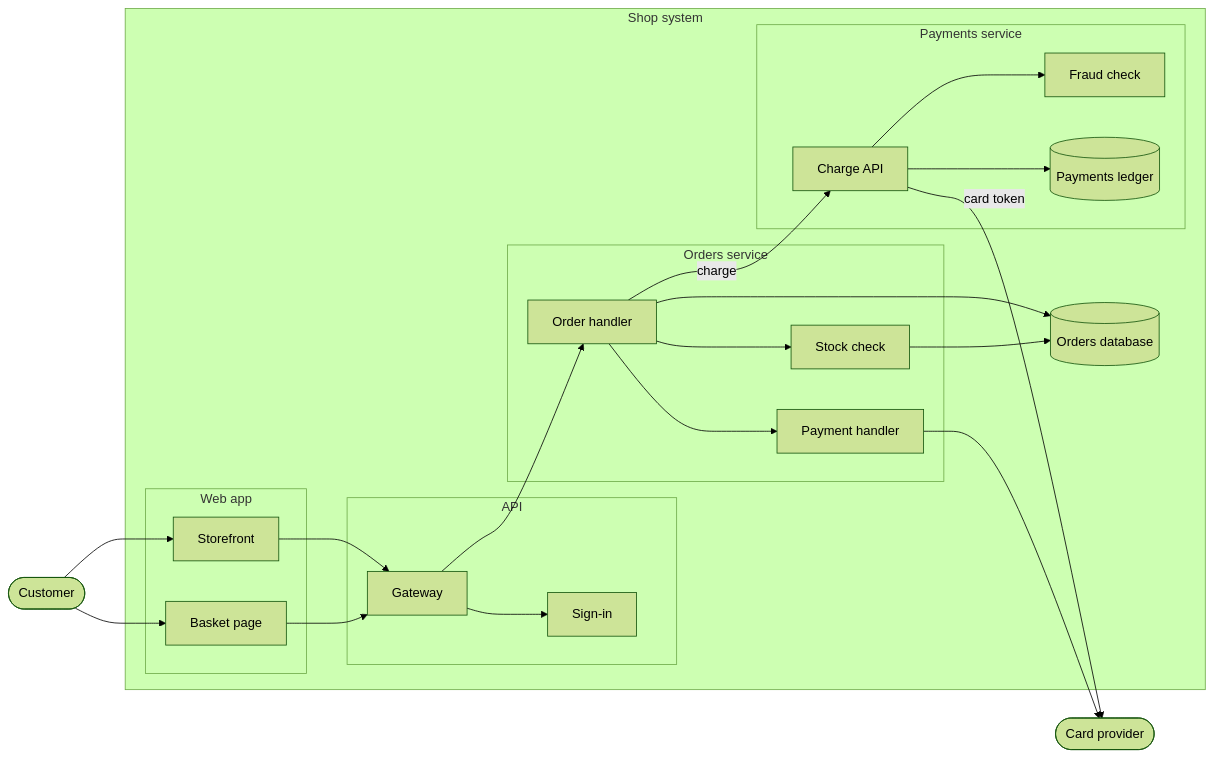
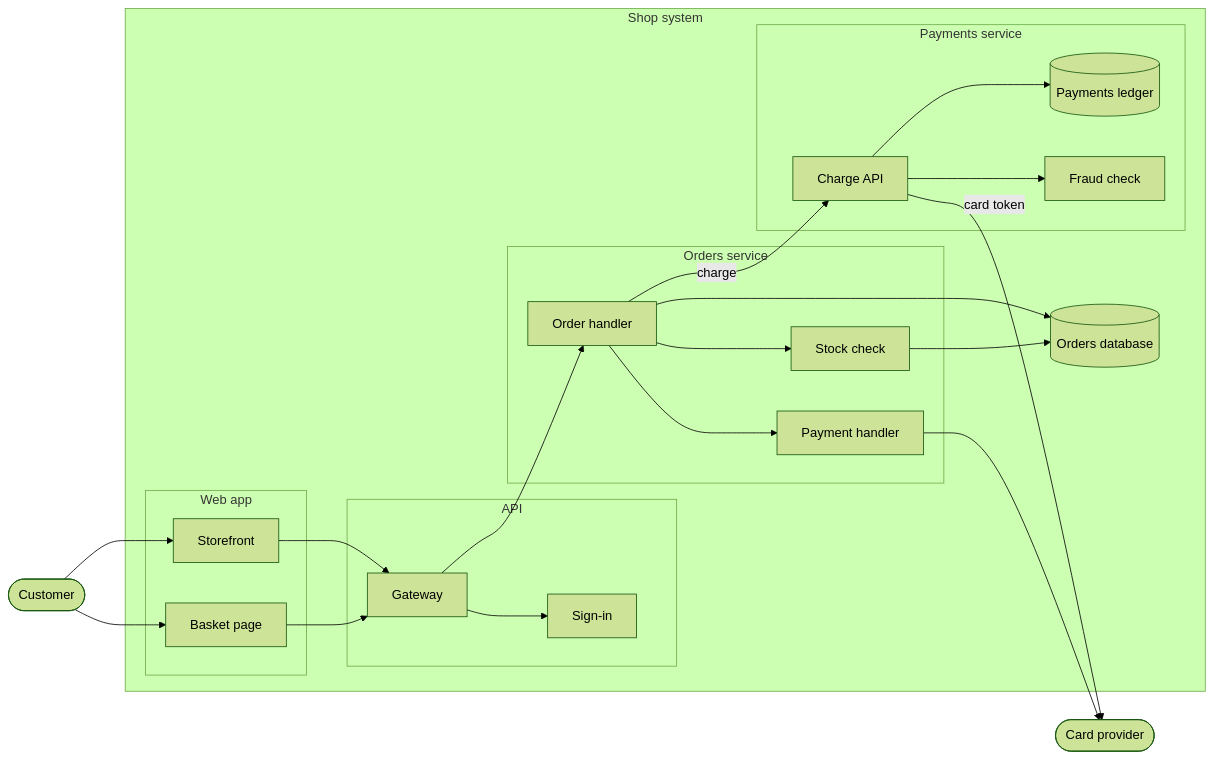
Before and after one commit to nvsravank/avagahana: the diagram in examples/maps/shop-plan.md, drawn with Mermaid (forest theme). The commit also changed other lines of this file and 25 other files, not shown here.

````diff
--- a/examples/maps/shop-plan.md
+++ b/examples/maps/shop-plan.md
@@ -3,50 +3,50 @@
 ```mermaid
 flowchart LR
+  psp(["Card provider"])
   customer(["Customer"])
   subgraph shop [Shop system]
-    subgraph web [Web app]
-      ui["Storefront"]
-      cart["Basket page"]
+    subgraph pay [Payments service]
+      charge["Charge API"]
+      ledger[("Payments ledger")]
+      fraud["Fraud check"]
     end
     subgraph api [API]
       gw["Gateway"]
       auth["Sign-in"]
     end
     subgraph orders [Orders service]
       ord["Order handler"]
+      payh["Payment handler"]
       stock["Stock check"]
-      payh["Payment handler"]
-    end
-    subgraph pay [Payments service]
-      charge["Charge API"]
-      fraud["Fraud check"]
-      ledger[("Payments ledger")]
     end
     db[("Orders database")]
+    subgraph web [Web app]
+      ui["Storefront"]
+      cart["Basket page"]
+    end
   end
-  psp(["Card provider"])
 
+  ui --> gw
+  charge --> ledger
+  cart --> gw
+  gw --> ord
+  ord e3@-->|charge| charge
+  customer --> cart
   customer --> ui
-  customer --> cart
-  ui --> gw
-  cart --> gw
   gw --> auth
-  gw --> ord
-  ord --> stock
   ord e1@--> payh
-  payh e2@--> psp
-  ord e3@-->|charge| charge
-  charge --> fraud
-  charge --> ledger
   charge e4@-->|card token| psp
   ord e5@--> db
+  ord --> stock
   stock --> db
+  charge --> fraud
+  payh e2@--> psp
 
   class customer person
   class psp external
   class db,ledger database
   class pay,charge,fraud,ledger added
   class payh,e1,e2 removed
   class ord,e5 changed
   class e3,e4 added
 ```
````
